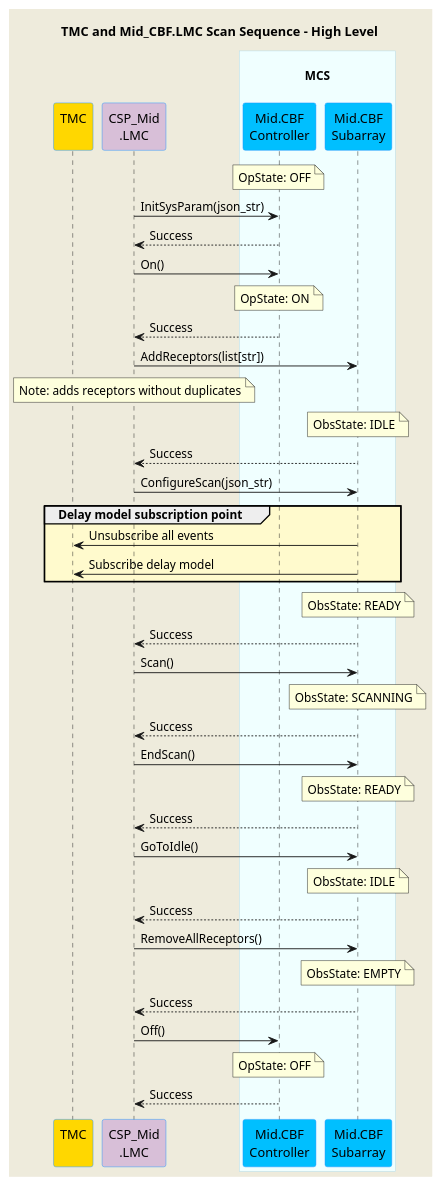
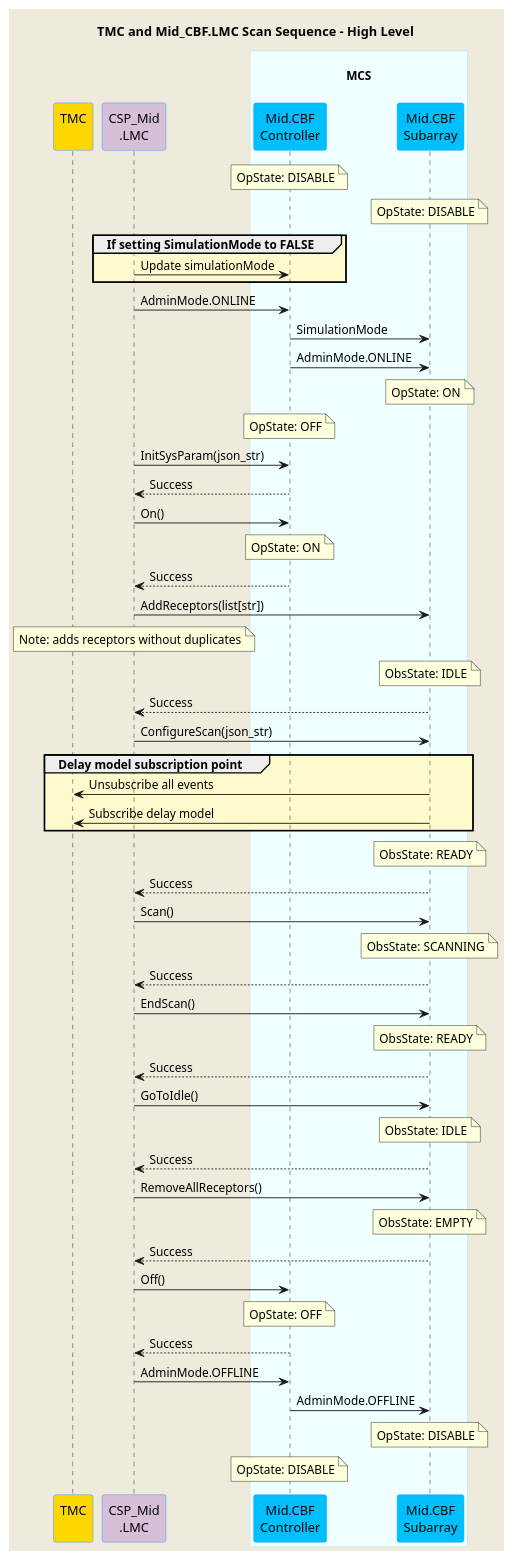
One commit to ska-telescope/mid-cbf-mcs changed the diagram in docs/src/diagrams/mid-cbf-scan-ops.puml. Above: the diagram before and after it, drawn with PlantUML. The commit also changed 3 other files, not shown here.

Commit message:
CIP-2424 add admin mode and sim mode writes to UML

```diff
--- a/docs/src/diagrams/mid-cbf-scan-ops.puml
+++ b/docs/src/diagrams/mid-cbf-scan-ops.puml
@@ -1,81 +1,95 @@
 @startuml
 'https://plantuml.com/sequence-diagram
 
 skinparam backgroundColor #EEEBDC
 skinparam sequence {
 ParticipantBorderColor DodgerBlue
 ParticipantBackgroundColor DeepSkyBlue
 ActorBorderColor DarkGreen
 ActorBackgroundColor Green
 BoxBorderColor LightBlue
 BoxBackgroundColor #F0FFFF
 }
 
 title TMC and Mid_CBF.LMC Scan Sequence - High Level
 
 participant "TMC\n" as tmc #Gold
 participant "CSP_Mid\n.LMC" as lmc #Thistle
 
 box "\nMCS\n"
 participant "Mid.CBF\nController" as controller
 participant "Mid.CBF\nSubarray" as subarray
 end box
 
+note over controller        : OpState: DISABLE
+note over subarray          : OpState: DISABLE
+group #LemonChiffon If setting SimulationMode to FALSE
+    lmc         -> controller   : Update simulationMode
+end group
+lmc         -> controller   : AdminMode.ONLINE
+controller  -> subarray     : SimulationMode
+controller  -> subarray     : AdminMode.ONLINE
+note over subarray          : OpState: ON
 note over controller        : OpState: OFF
 
 lmc         -> controller   : InitSysParam(json_str)
 controller --> lmc          : Success
 
 lmc         -> controller   : On()
 note over controller        : OpState: ON
 controller --> lmc          : Success
 
 lmc         -> subarray     : AddReceptors(list[str])
 note over lmc               : Note: adds receptors without duplicates
 note over subarray          : ObsState: IDLE
 subarray   --> lmc          : Success
 
 lmc         -> subarray     : ConfigureScan(json_str)
 
 
 group #LemonChiffon Delay model subscription point
     subarray    -> tmc          : Unsubscribe all events
     subarray    -> tmc          : Subscribe delay model
 end group
 
 ' group Doppler subscription point
 ' subarray    -> tmc          : subscribe Doppler phase correction
 ' end group
 
 ' group Jones matrix subscription point
 ' subarray    -> tmc          : subscribe Jones matrix
 ' end group
 
 ' group Timing beam subscription point
 ' subarray    -> tmc          : subscribe timing beam weights
 ' end group
 
 note over subarray          : ObsState: READY
 subarray   --> lmc          : Success
 
 lmc         -> subarray     : Scan()
 note over subarray          : ObsState: SCANNING
 subarray   --> lmc          : Success
 
 lmc         -> subarray     : EndScan()
 note over subarray          : ObsState: READY
 subarray   --> lmc          : Success
 
 lmc         -> subarray     : GoToIdle()
 note over subarray          : ObsState: IDLE
 subarray   --> lmc          : Success
 
 lmc         -> subarray     : RemoveAllReceptors()
 note over subarray          : ObsState: EMPTY
 subarray   --> lmc          : Success
 
 lmc         -> controller   : Off()
 note over controller        : OpState: OFF
 controller --> lmc          : Success
 
+lmc         -> controller   : AdminMode.OFFLINE
+controller  -> subarray     : AdminMode.OFFLINE
+note over subarray          : OpState: DISABLE
+note over controller        : OpState: DISABLE
+
 @enduml
```
